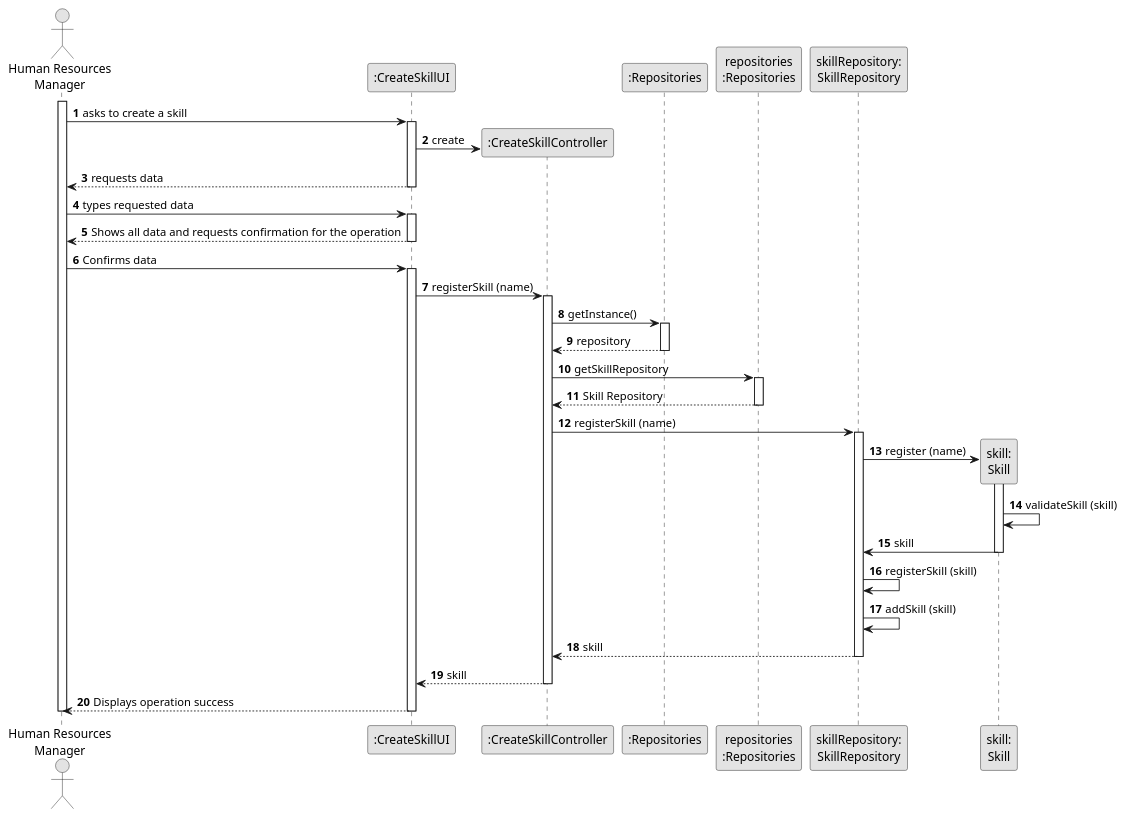
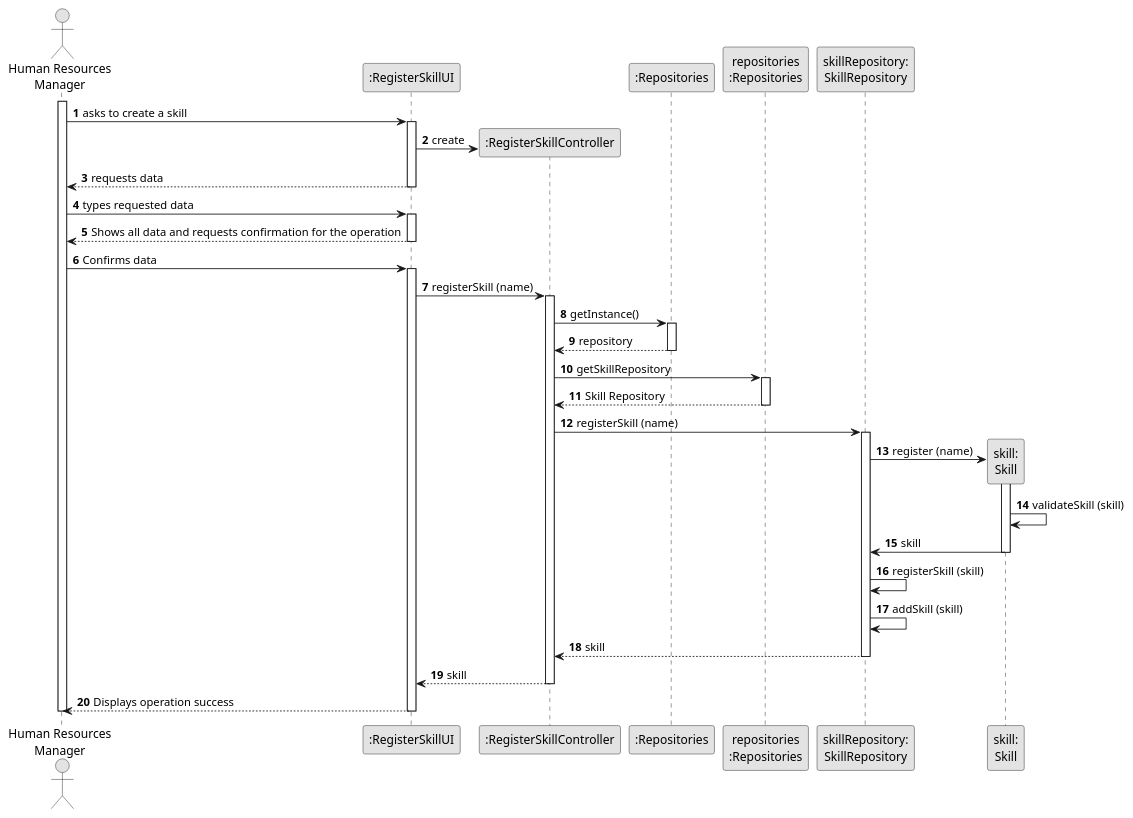
One commit to daniel41silva05/ISEP_2023_2024_LAPR2 changed the diagram in docs/sprintA&B&C/us001/03.design/puml/us001-sequence-diagram-full.puml. Above: the diagram before and after it, drawn with PlantUML. The commit also changed 7 other files, not shown here.

```diff
--- a/docs/sprintA&B&C/us001/03.design/puml/us001-sequence-diagram-full.puml
+++ b/docs/sprintA&B&C/us001/03.design/puml/us001-sequence-diagram-full.puml
@@ -1,78 +1,78 @@
 @startuml
 skinparam monochrome true
 skinparam packageStyle rectangle
 skinparam shadowing false
 
 autonumber
 
 'hide footbox
 actor "Human Resources\nManager" as HRM
-participant ":CreateSkillUI" as UI
-participant ":CreateSkillController" as CTRL
+participant ":RegisterSkillUI" as UI
+participant ":RegisterSkillController" as CTRL
 participant ":Repositories" as REP
 participant "repositories\n:Repositories" as REPS
 participant "skillRepository:\nSkillRepository" as SkillREP
 participant "skill:\nSkill" as SKILL
 
 activate HRM
 
     HRM -> UI : asks to create a skill
     activate UI
 
         UI -> CTRL** : create
 
     UI --> HRM : requests data
     deactivate UI
 
     HRM -> UI : types requested data
     activate UI
 
     UI --> HRM:Shows all data and requests confirmation for the operation
     deactivate UI
 
     HRM -> UI :Confirms data
     activate UI
 
         UI -> CTRL : registerSkill (name)
         activate CTRL
 
             CTRL -> REP : getInstance()
             activate REP
 
             REP --> CTRL : repository
             deactivate REP
 
             CTRL -> REPS : getSkillRepository
             activate REPS
 
             REPS --> CTRL : Skill Repository
             deactivate REPS
 
             CTRL -> SkillREP : registerSkill (name)
             activate SkillREP
 
             SkillREP -> SKILL** : register (name)
             activate SKILL
 
                 SKILL -> SKILL : validateSkill (skill)
 
                 SKILL -> SkillREP : skill
                 deactivate SKILL
 
                 SkillREP -> SkillREP : registerSkill (skill)
 
                 SkillREP -> SkillREP : addSkill (skill)
 
             SkillREP --> CTRL : skill
             deactivate SkillREP
 
         CTRL --> UI : skill
         deactivate CTRL
 
     UI --> HRM :Displays operation success
     deactivate UI
 
 deactivate HRM
 
 
 @enduml
```
